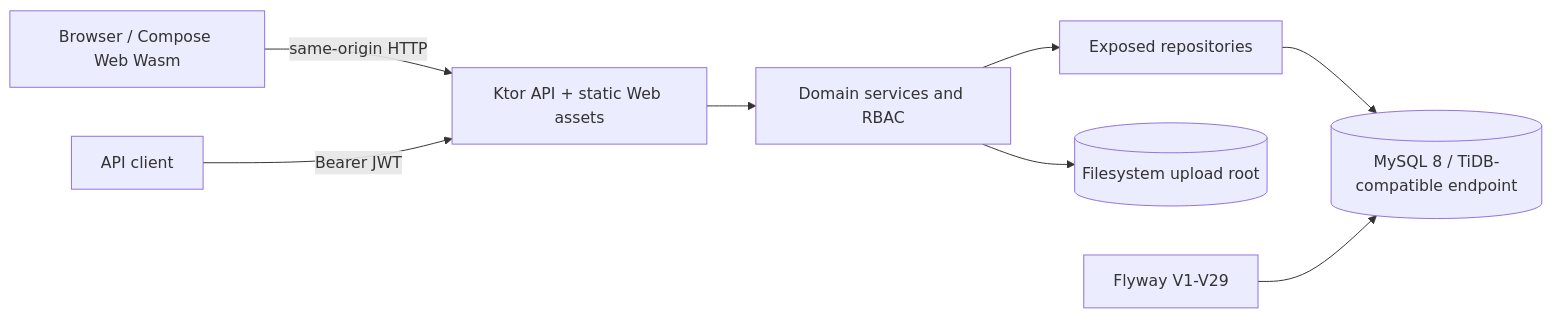
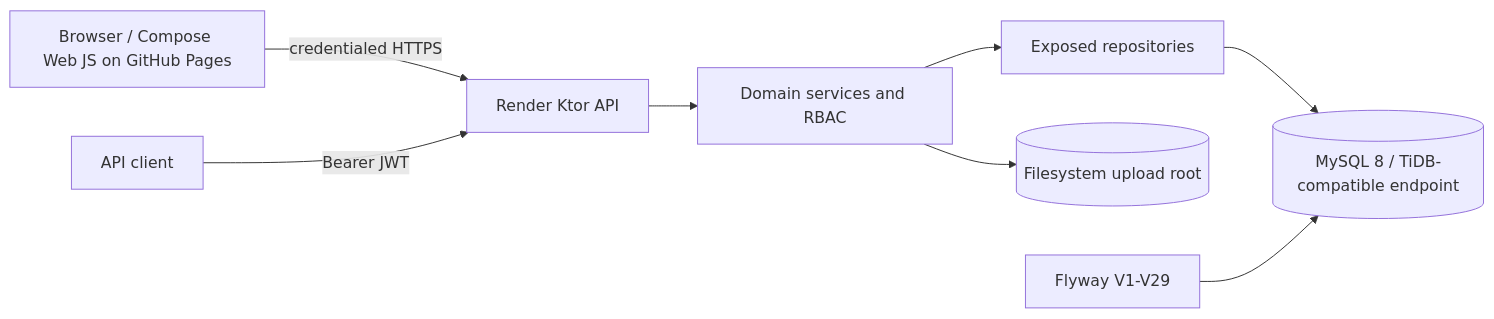
The diagram in documentation/ARCHITECTURE.md (Karatanov/oms), drawn with Mermaid before and after one commit. The commit also changed other lines of this file and 5 other files, not shown here.

Commit message:
perf(deploy): make Render API-only

````diff
--- a/documentation/ARCHITECTURE.md
+++ b/documentation/ARCHITECTURE.md
@@ -5,10 +5,10 @@
 ```mermaid
 flowchart LR
-    Browser[Browser / Compose Web Wasm] -->|same-origin HTTP| Ktor[Ktor API + static Web assets]
+    Browser[Browser / Compose Web JS on GitHub Pages] -->|credentialed HTTPS| Ktor[Render Ktor API]
     ApiClient[API client] -->|Bearer JWT| Ktor
     Ktor --> Services[Domain services and RBAC]
     Services --> Repositories[Exposed repositories]
     Repositories --> MySQL[(MySQL 8 / TiDB-compatible endpoint)]
     Services --> Files[(Filesystem upload root)]
     Flyway[Flyway V1-V29] --> MySQL
 ```
````
